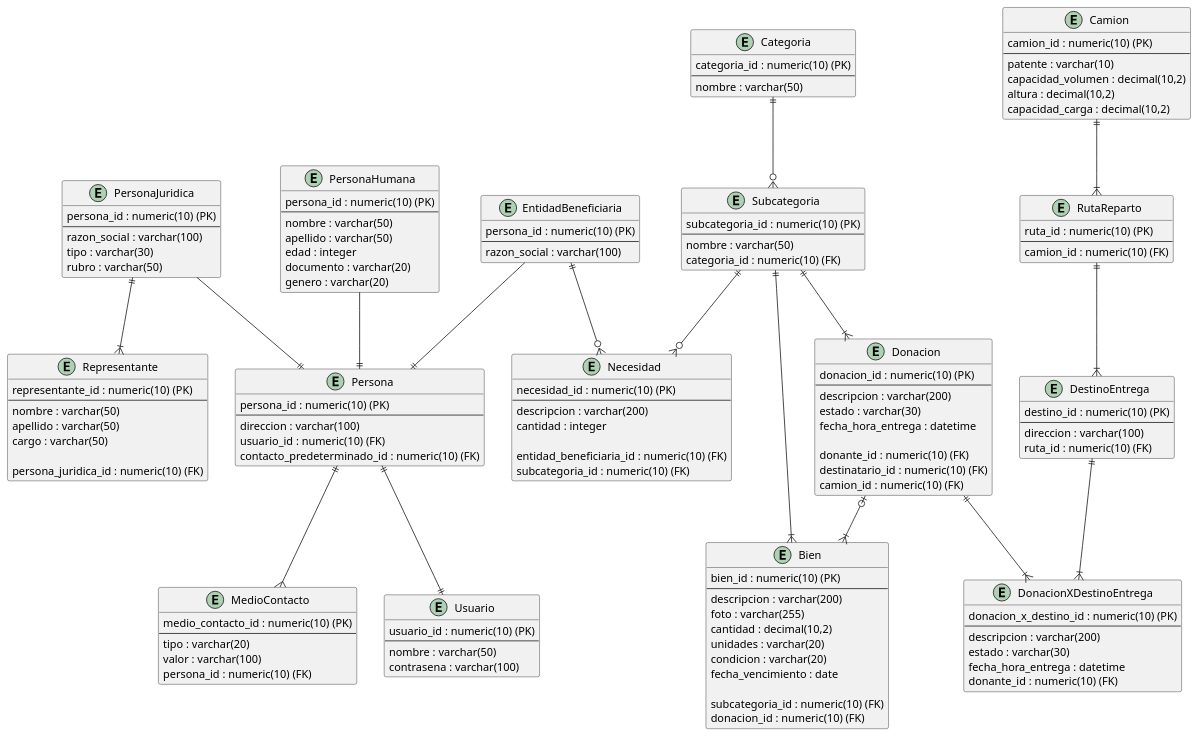
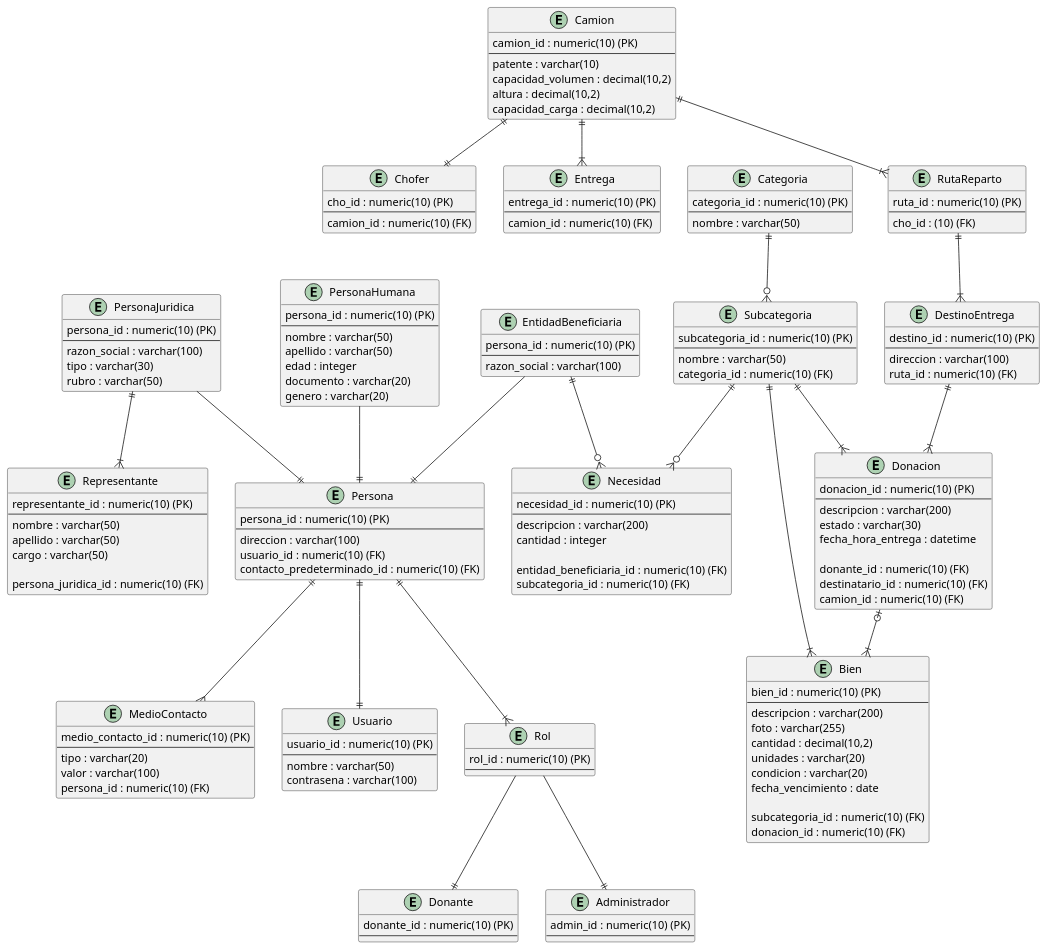
One commit to snmaccio-dev/TPA-DDS changed the diagram in Diagramas/ModeladoDeDatos-DER.puml. Above: the diagram before and after it, drawn with PlantUML. The commit also changed 1 other file, not shown here.

```diff
--- a/Diagramas/ModeladoDeDatos-DER.puml
+++ b/Diagramas/ModeladoDeDatos-DER.puml
@@ -8,6 +8,21 @@
     direccion : varchar(100)
     usuario_id : numeric(10) (FK)
     contacto_predeterminado_id : numeric(10) (FK)
+}
+
+entity Rol {
+    rol_id : numeric(10) (PK)
+    --
+}
+
+entity Donante {
+    donante_id : numeric(10) (PK)
+    --
+}
+
+entity Administrador {
+    admin_id : numeric(10) (PK)
+    --
 }
 
 entity MedioContacto {
@@ -108,15 +123,6 @@
     camion_id : numeric(10) (FK)
 }
 
-entity DonacionXDestinoEntrega {
-    donacion_x_destino_id : numeric(10) (PK)
-    --
-    descripcion : varchar(200)
-    estado : varchar(30)
-    fecha_hora_entrega : datetime
-    donante_id : numeric(10) (FK)
-}
-
 entity Camion {
     camion_id : numeric(10) (PK)
     --
@@ -129,7 +135,7 @@
 entity RutaReparto {
     ruta_id : numeric(10) (PK)
     --
-    camion_id : numeric(10) (FK)
+    cho_id : (10) (FK)
 }
 
 entity DestinoEntrega {
@@ -137,6 +143,18 @@
     --
     direccion : varchar(100)
     ruta_id : numeric(10) (FK)
+}
+
+entity Chofer {
+    cho_id : numeric(10) (PK)
+    --
+    camion_id : numeric(10) (FK)
+}
+
+entity Entrega {
+    entrega_id : numeric(10) (PK)
+    --
+    camion_id : numeric(10) (FK)
 }
 
 ' Relaciones - Persona
@@ -174,9 +192,23 @@
 Camion ||--|{ RutaReparto
 RutaReparto ||--|{ DestinoEntrega
 
-' Relacion Muchos a Muchos
+' DestinoEntega y Donacion
 
-DestinoEntrega ||--|{ DonacionXDestinoEntrega
-Donacion ||--|{ DonacionXDestinoEntrega
+DestinoEntrega ||--|{ Donacion
+
+
+' Roles y personas
+
+Persona ||--|{ Rol
+
+' Roles
+
+Rol --|| Administrador
+Rol --|| Donante
+
+' Parte logistica
+
+Camion ||--|| Chofer
+Camion ||--|{ Entrega
 
 @enduml
```
